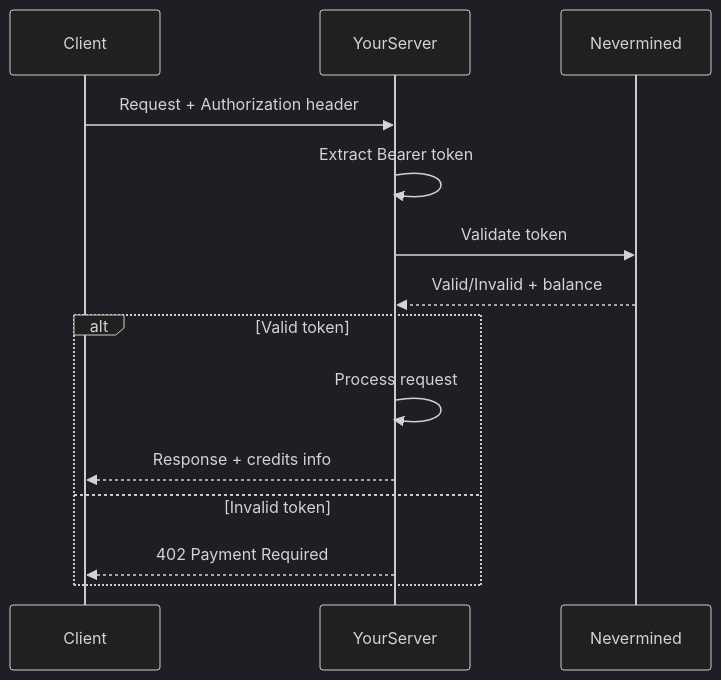
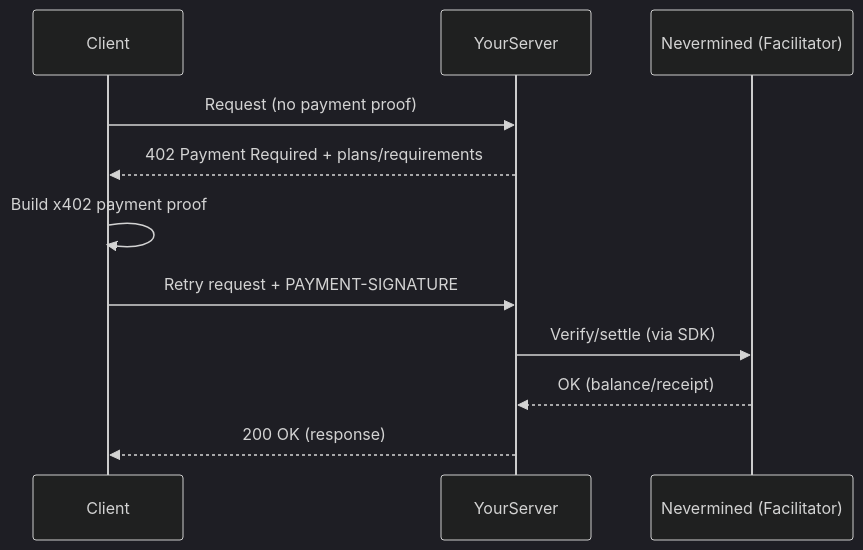
Before and after one commit to nevermined-io/docs: the diagram in docs/integrate/add-to-your-agent/generic-http.mdx, drawn with Mermaid (dark theme). The commit also changed other lines of this file and 8 other files, not shown here.

````diff
--- a/docs/integrate/add-to-your-agent/generic-http.mdx
+++ b/docs/integrate/add-to-your-agent/generic-http.mdx
@@ -19,17 +19,14 @@
 ```mermaid
 sequenceDiagram
     participant Client
     participant YourServer
-    participant Nevermined
+    participant Facilitator as Nevermined (Facilitator)
 
-    Client->>YourServer: Request + Authorization header
-    YourServer->>YourServer: Extract Bearer token
-    YourServer->>Nevermined: Validate token
-    Nevermined-->>YourServer: Valid/Invalid + balance
-    alt Valid token
-        YourServer->>YourServer: Process request
-        YourServer-->>Client: Response + credits info
-    else Invalid token
-        YourServer-->>Client: 402 Payment Required
-    end
+    Client->>YourServer: Request (no payment proof)
+    YourServer-->>Client: 402 Payment Required + plans/requirements
+    Client->>Client: Build x402 payment proof
+    Client->>YourServer: Retry request + PAYMENT-SIGNATURE
+    YourServer->>Facilitator: Verify/settle (via SDK)
+    Facilitator-->>YourServer: OK (balance/receipt)
+    YourServer-->>Client: 200 OK (response)
 ```
````
